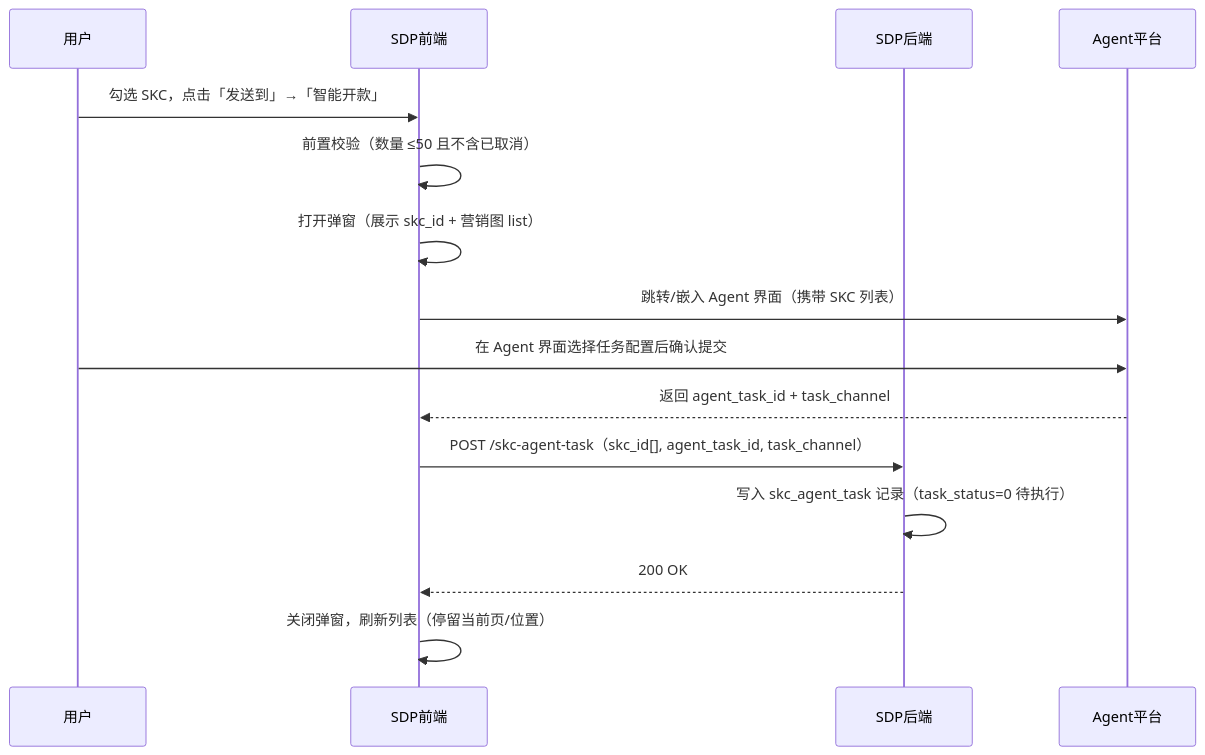
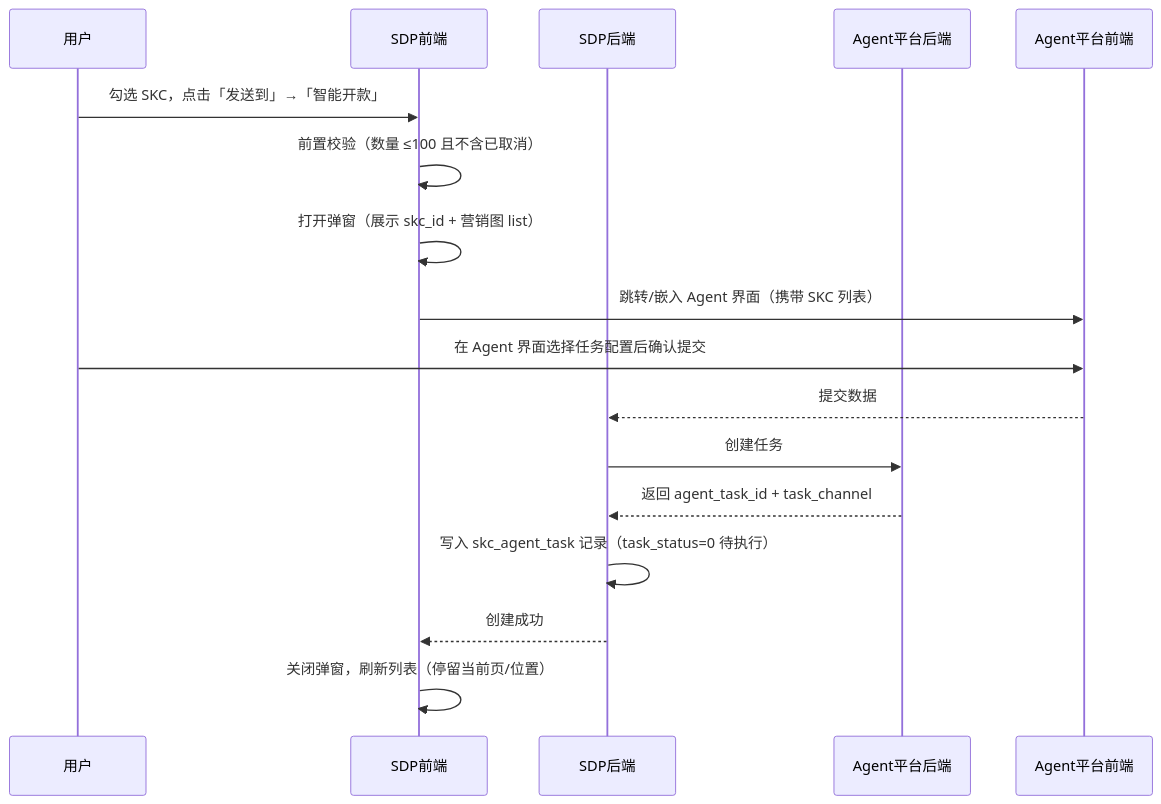
One commit to lin15622159201-arch/sdp-prd changed the first of 3 diagrams in revisions/规划文档_v2.6.2_Agent智能编辑接入.md. Above: the diagram before and after it, drawn with Mermaid. The commit also changed other lines of this file and 8 other files, not shown here.

Commit message:
补充需求文档细节及截图

````diff
--- a/revisions/规划文档_v2.6.2_Agent智能编辑接入.md
+++ b/revisions/规划文档_v2.6.2_Agent智能编辑接入.md
@@ -86,18 +86,20 @@
 ```mermaid
 sequenceDiagram
     participant U as 用户
     participant FE as SDP前端
     participant BE as SDP后端
-    participant Agent as Agent平台
+    participant Agent as Agent平台后端
+    participant AgentFE as Agent平台前端
 
     U->>FE: 勾选 SKC，点击「发送到」→「智能开款」
-    FE->>FE: 前置校验（数量 ≤50 且不含已取消）
+    FE->>FE: 前置校验（数量 ≤100 且不含已取消）
     FE->>FE: 打开弹窗（展示 skc_id + 营销图 list）
-    FE->>Agent: 跳转/嵌入 Agent 界面（携带 SKC 列表）
-    U->>Agent: 在 Agent 界面选择任务配置后确认提交
-    Agent-->>FE: 返回 agent_task_id + task_channel
-    FE->>BE: POST /skc-agent-task（skc_id[], agent_task_id, task_channel）
+    FE->>AgentFE: 跳转/嵌入 Agent 界面（携带 SKC 列表）
+    U->>AgentFE: 在 Agent 界面选择任务配置后确认提交
+    AgentFE-->>BE: 提交数据
+    BE->>Agent: 创建任务
+    Agent-->>BE: 返回 agent_task_id + task_channel
     BE->>BE: 写入 skc_agent_task 记录（task_status=0 待执行）
-    BE-->>FE: 200 OK
+    BE-->>FE: 创建成功
     FE->>FE: 关闭弹窗，刷新列表（停留当前页/位置）
 ```
````
